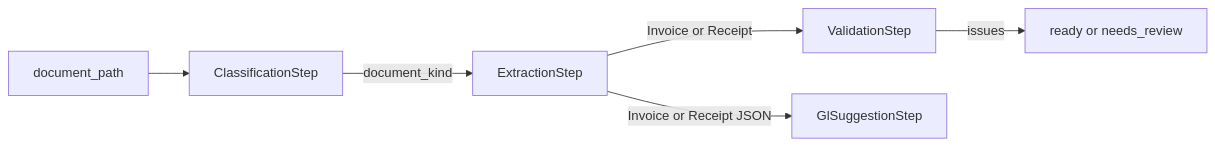
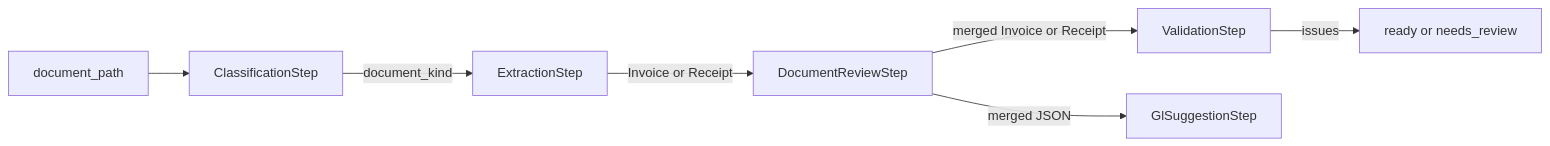
One commit to noelogbuagu/e2e-invoice-review changed the second of 2 diagrams in docs/how-it-works.md. Above: the diagram before and after it, drawn with Mermaid. The commit also changed other lines of this file and 38 other files, not shown here.

````diff
--- a/docs/how-it-works.md
+++ b/docs/how-it-works.md
@@ -229,8 +277,9 @@
 ```mermaid
 flowchart LR
     file[document_path] --> c[ClassificationStep]
     c -->|document_kind| e[ExtractionStep]
-    e -->|Invoice or Receipt| v[ValidationStep]
-    e -->|Invoice or Receipt JSON| g[GlSuggestionStep]
+    e -->|Invoice or Receipt| r[DocumentReviewStep]
+    r -->|merged Invoice or Receipt| v[ValidationStep]
+    r -->|merged JSON| g[GlSuggestionStep]
     v -->|issues| status[ready or needs_review]
 ```
````
